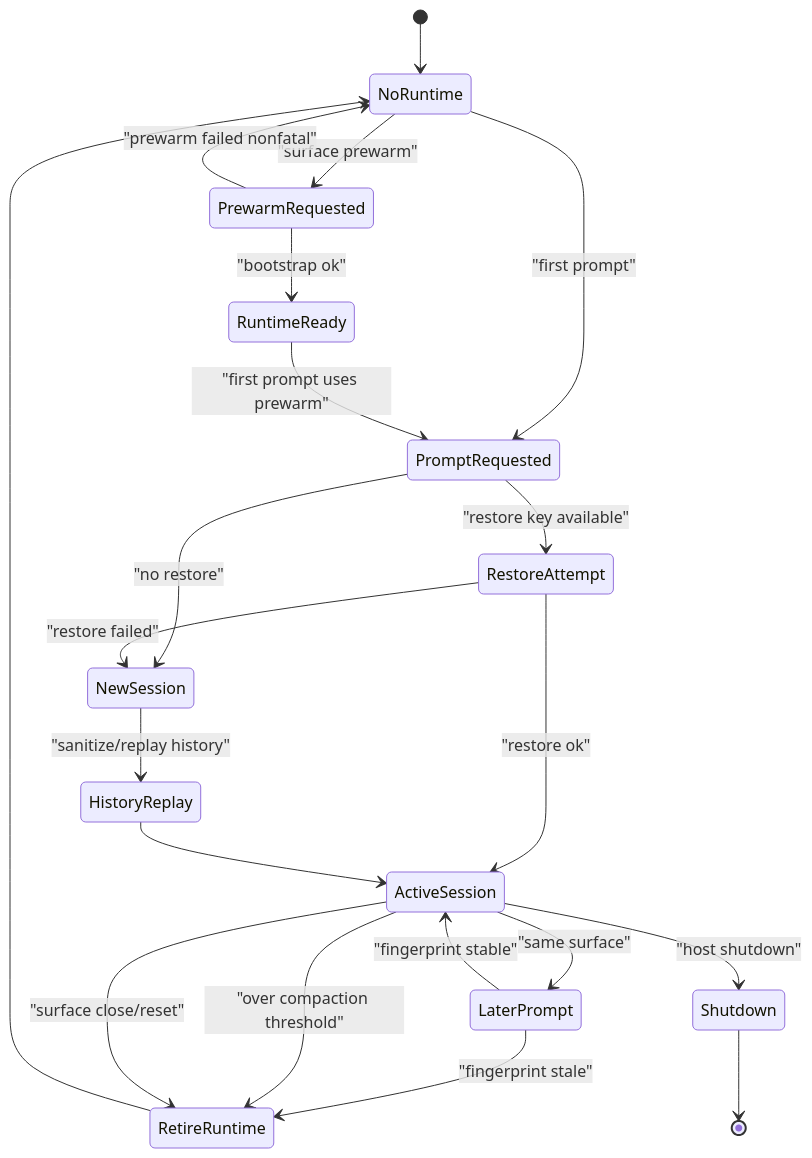
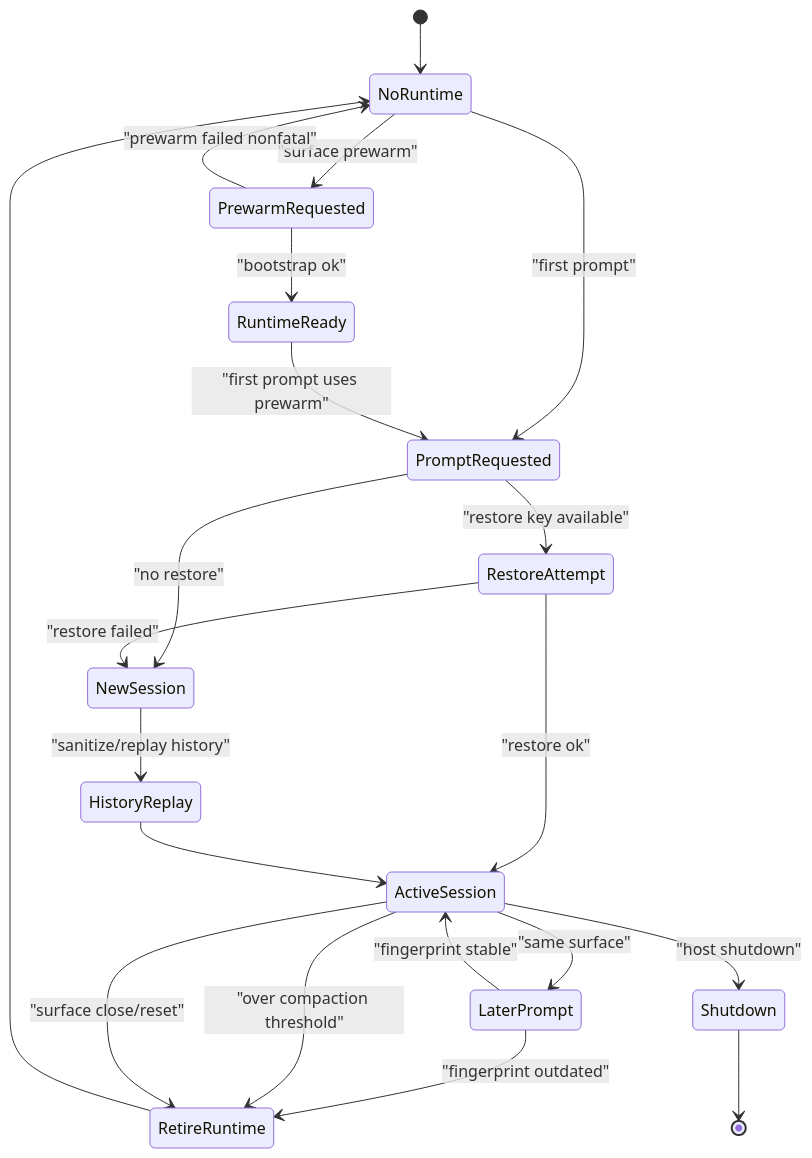
The first of 2 diagrams in docs/examples/external-runtime-session-lifecycle.md (heyclawdia/clawdia_sdk), drawn with Mermaid before and after one commit. The commit also changed 66 other files, not shown here.

````diff
--- a/docs/examples/external-runtime-session-lifecycle.md
+++ b/docs/examples/external-runtime-session-lifecycle.md
@@ -7,23 +7,23 @@
 ```mermaid
 stateDiagram-v2
   [*] --> NoRuntime
   NoRuntime --> PrewarmRequested: "surface prewarm"
   PrewarmRequested --> RuntimeReady: "bootstrap ok"
   PrewarmRequested --> NoRuntime: "prewarm failed nonfatal"
   NoRuntime --> PromptRequested: "first prompt"
   RuntimeReady --> PromptRequested: "first prompt uses prewarm"
   PromptRequested --> RestoreAttempt: "restore key available"
   PromptRequested --> NewSession: "no restore"
   RestoreAttempt --> ActiveSession: "restore ok"
   RestoreAttempt --> NewSession: "restore failed"
   NewSession --> HistoryReplay: "sanitize/replay history"
   HistoryReplay --> ActiveSession
   ActiveSession --> LaterPrompt: "same surface"
   LaterPrompt --> ActiveSession: "fingerprint stable"
-  LaterPrompt --> RetireRuntime: "fingerprint stale"
+  LaterPrompt --> RetireRuntime: "fingerprint outdated"
   ActiveSession --> RetireRuntime: "over compaction threshold"
   ActiveSession --> RetireRuntime: "surface close/reset"
   ActiveSession --> Shutdown: "host shutdown"
   RetireRuntime --> NoRuntime
   Shutdown --> [*]
 ```
````
